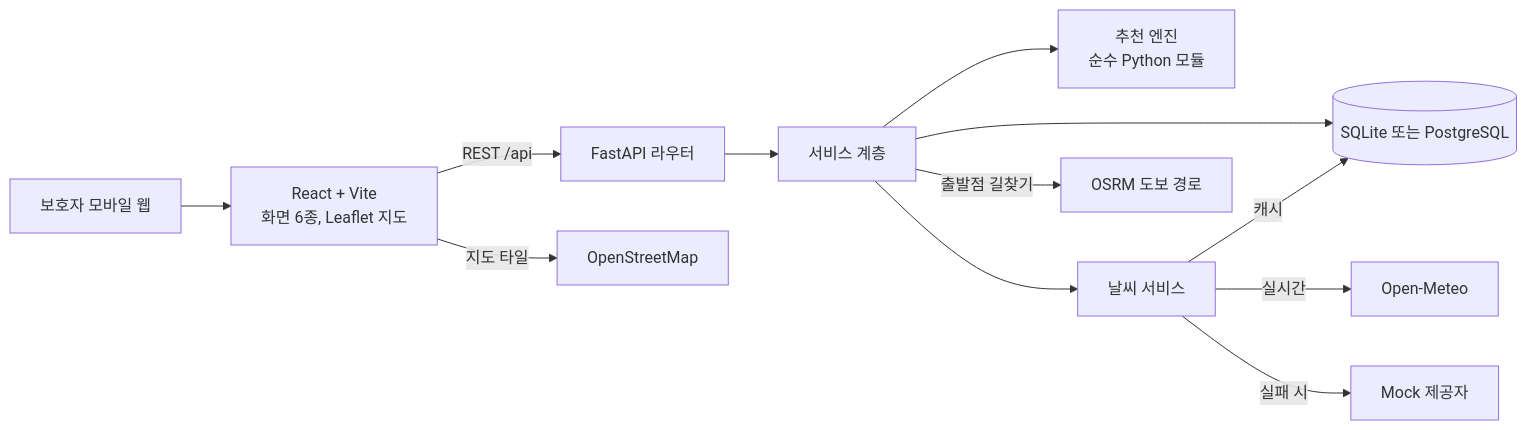
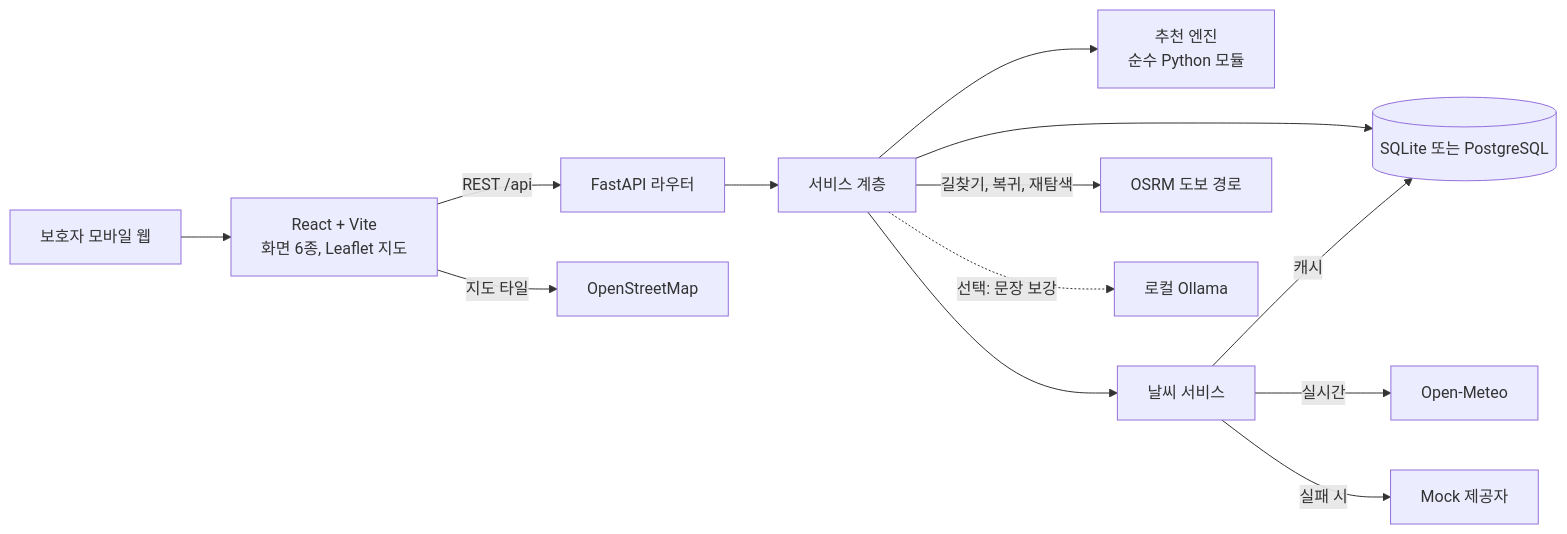
Before and after one commit to Kim-pitang/pawpath: the first of 3 diagrams in docs/ARCHITECTURE.md, drawn with Mermaid. The commit also changed other lines of this file and 69 other files, not shown here.

````diff
--- a/docs/ARCHITECTURE.md
+++ b/docs/ARCHITECTURE.md
@@ -7,14 +7,15 @@
 ```mermaid
 flowchart LR
     U[보호자 모바일 웹] --> FE[React + Vite<br/>화면 6종, Leaflet 지도]
     FE -->|REST /api| API[FastAPI 라우터]
     API --> S[서비스 계층]
     S --> ENG[추천 엔진<br/>순수 Python 모듈]
     S --> DB[(SQLite 또는 PostgreSQL)]
     S --> WS[날씨 서비스]
     WS -->|실시간| OM[Open-Meteo]
     WS -->|캐시| DB
     WS -->|실패 시| MOCK[Mock 제공자]
     FE -->|지도 타일| OSM[OpenStreetMap]
-    S -->|출발점 길찾기| OSRM[OSRM 도보 경로]
+    S -->|길찾기, 복귀, 재탐색| OSRM[OSRM 도보 경로]
+    S -.->|선택: 문장 보강| LLM[로컬 Ollama]
 ```
````
